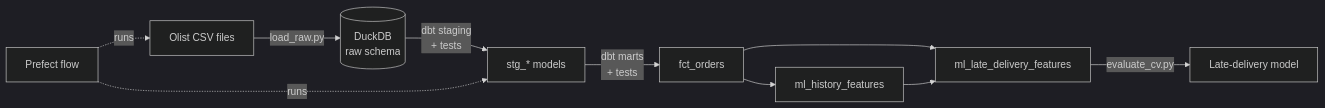
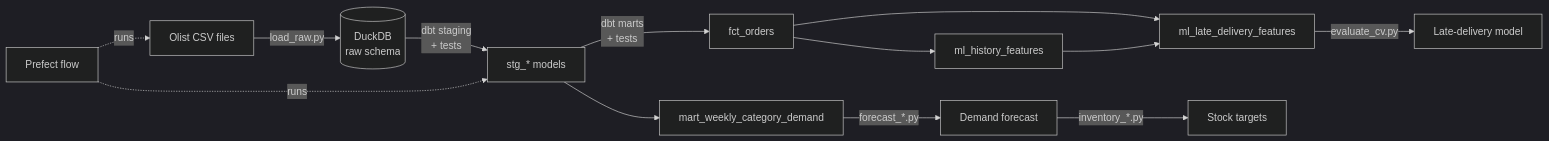
Before and after one commit to muhammedmufad/olist-order-to-decision: the diagram in README.md, drawn with Mermaid (dark theme). The commit also changed other lines of this file, not shown here.

Commit message:
Document inventory simulation and per-category stock targets in README

````diff
--- a/README.md
+++ b/README.md
@@ -19,12 +19,15 @@
 ```mermaid
 flowchart LR
     A[Olist CSV files] -->|load_raw.py| B[(DuckDB<br/>raw schema)]
     B -->|dbt staging<br/>+ tests| C[stg_* models]
     C -->|dbt marts<br/>+ tests| D[fct_orders]
     D --> E[ml_history_features]
     D --> F[ml_late_delivery_features]
     E --> F
     F -->|evaluate_cv.py| G[Late-delivery model]
+    C --> H[mart_weekly_category_demand]
+    H -->|forecast_*.py| I[Demand forecast]
+    I -->|inventory_*.py| J[Stock targets]
     P[Prefect flow] -.runs.-> A
     P -.runs.-> C
 ```
````
